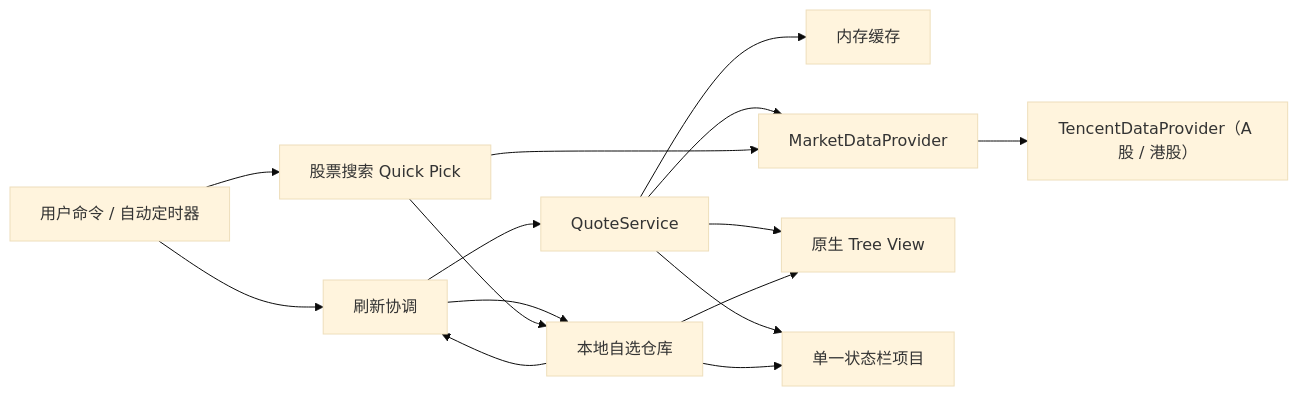
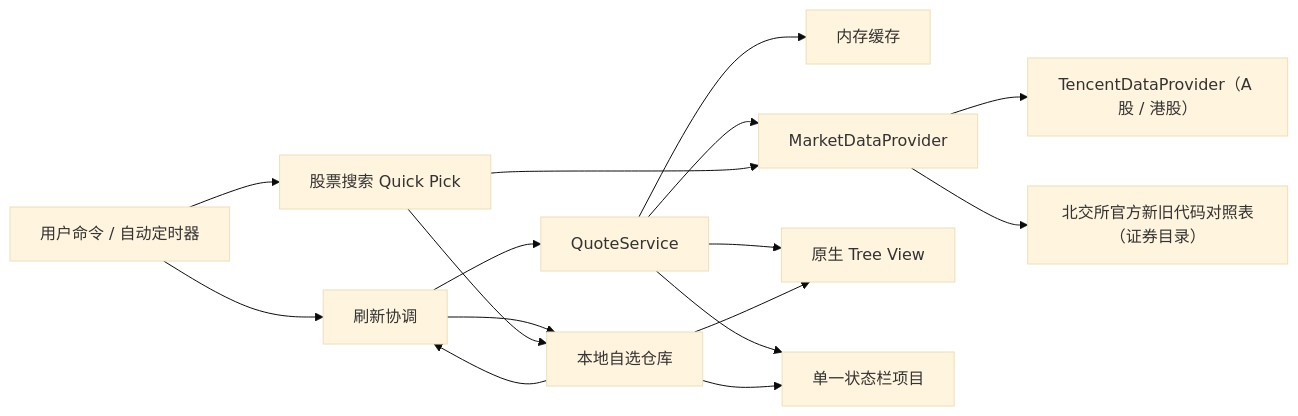
Before and after one commit to JSbiu/FishStock: the diagram in docs/architecture.md, drawn with Mermaid (base theme). The commit also changed other lines of this file and 13 other files, not shown here.

````diff
--- a/docs/architecture.md
+++ b/docs/architecture.md
@@ -34,17 +34,18 @@
 ```mermaid
 flowchart LR
     U["用户命令 / 自动定时器"] --> R["刷新协调"]
     R --> W["本地自选仓库"]
     W --> R
     R --> Q["QuoteService"]
     Q --> C["内存缓存"]
     Q --> P["MarketDataProvider"]
     P --> M["TencentDataProvider（A 股 / 港股）"]
+    P --> B["北交所官方新旧代码对照表（证券目录）"]
     U --> A["股票搜索 Quick Pick"]
     A --> P
     A --> W
     Q --> T["原生 Tree View"]
     Q --> S["单一状态栏项目"]
     W --> T
     W --> S
 ```
````
